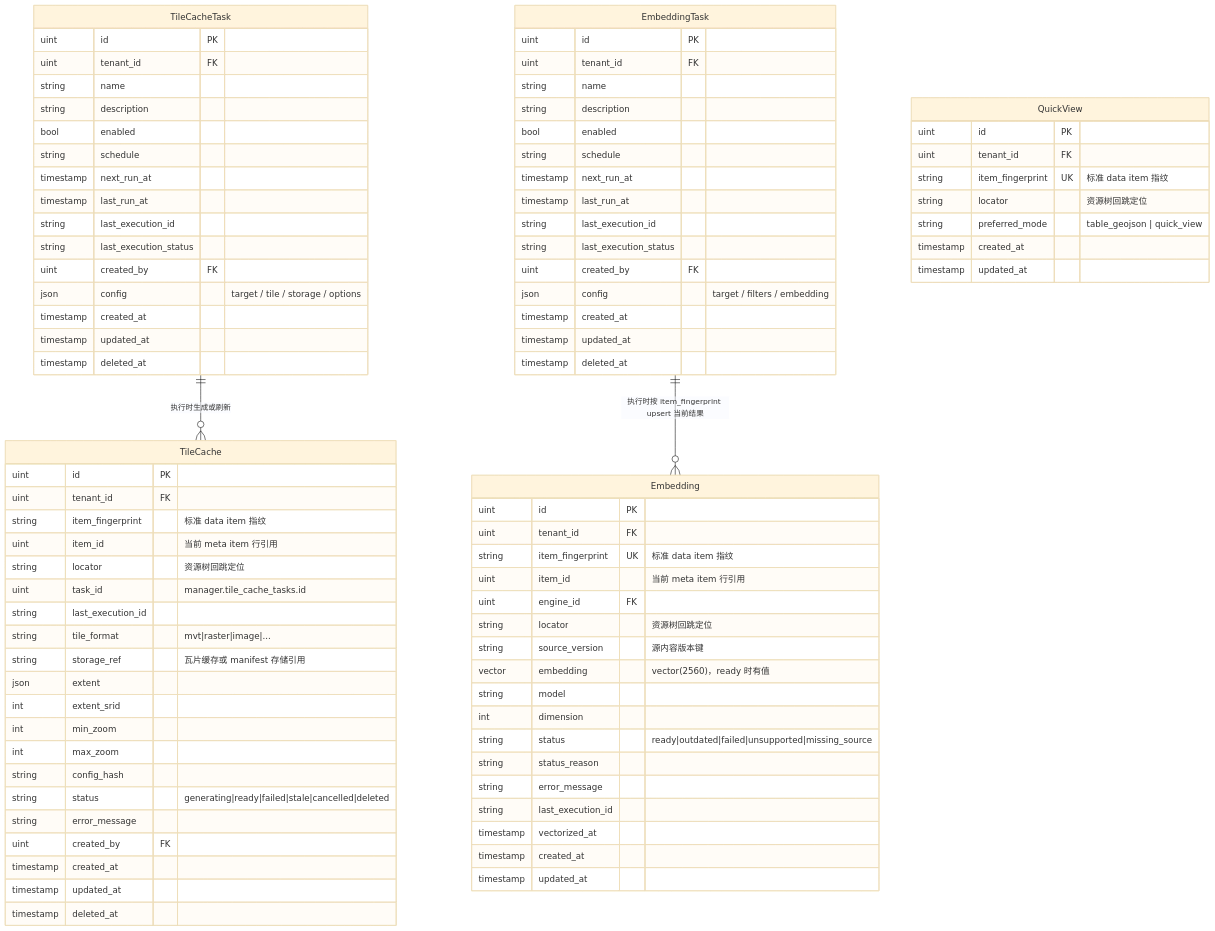
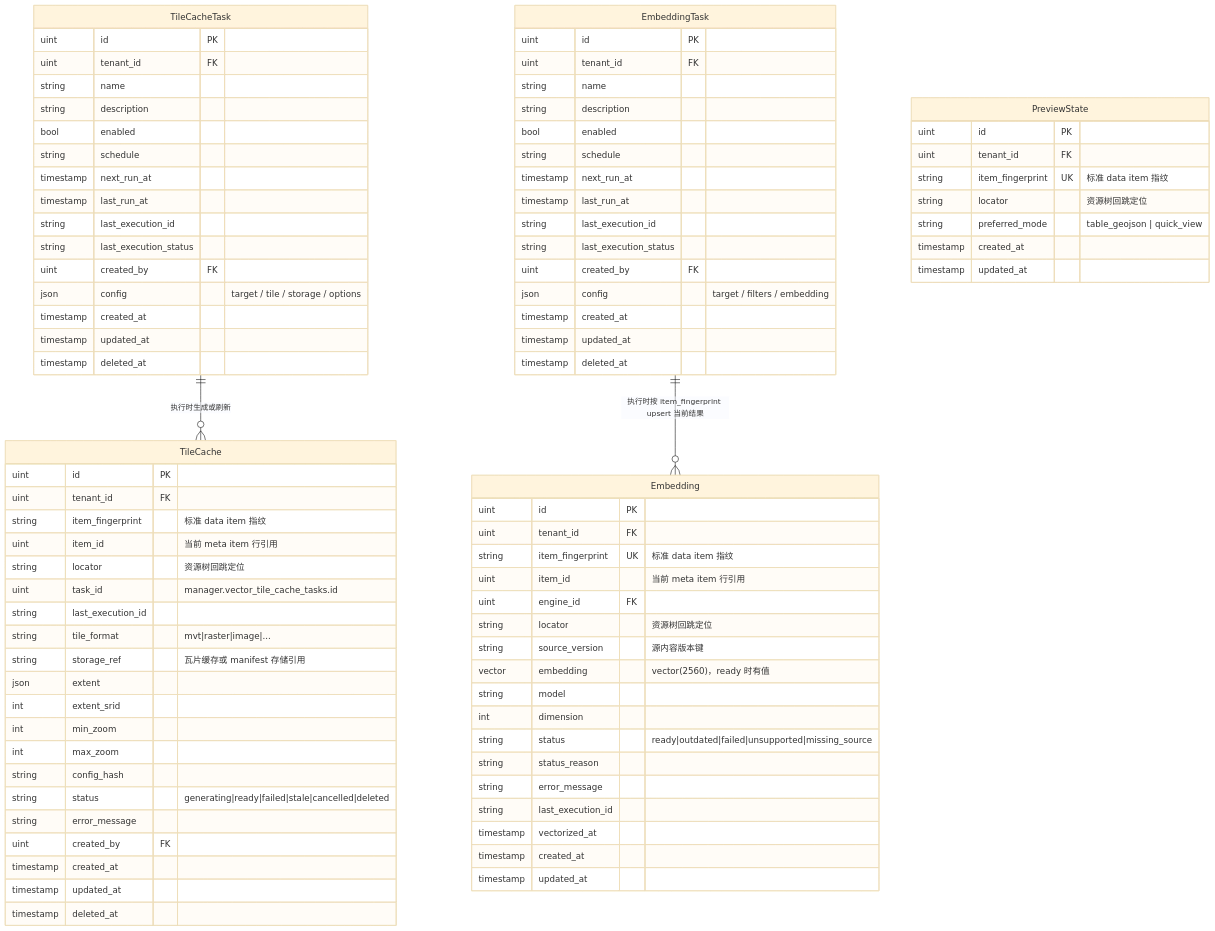
The third of 9 diagrams in docs/concepts/addp核心对象ER图（元模型）.md (pampa0629/addp), drawn with Mermaid (base theme) before and after one commit. The commit also changed other lines of this file and 78 other files, not shown here.

```diff
--- a/docs/concepts/addp核心对象ER图（元模型）.md
+++ b/docs/concepts/addp核心对象ER图（元模型）.md
@@ -593,7 +593,7 @@
         timestamp deleted_at
     }
 
-    QuickView {
+    PreviewState {
         uint id PK
         uint tenant_id FK
         string item_fingerprint UK "标准 data item 指纹"
@@ -609,7 +609,7 @@
         string item_fingerprint "标准 data item 指纹"
         uint item_id "当前 meta item 行引用"
         string locator "资源树回跳定位"
-        uint task_id "manager.tile_cache_tasks.id"
+        uint task_id "manager.vector_tile_cache_tasks.id"
         string last_execution_id
         string tile_format "mvt|raster|image|..."
         string storage_ref "瓦片缓存或 manifest 存储引用"
```
